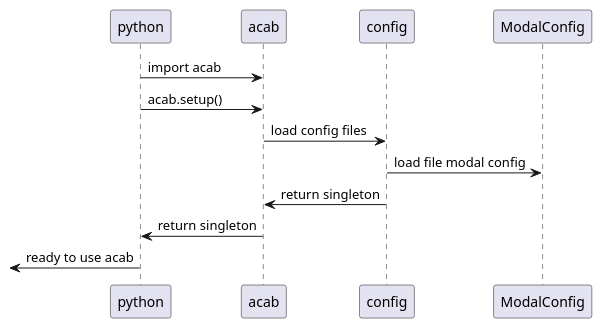
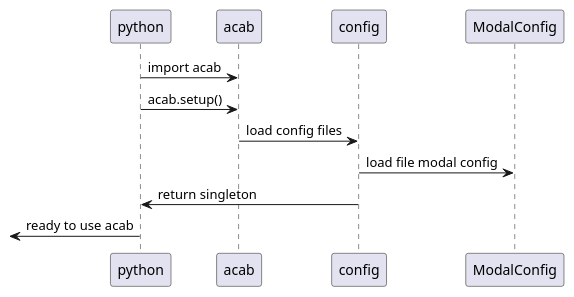
Before and after one commit to jgrey4296/acab: the first of 4 diagrams in docs/structure.org, drawn with PlantUML. The commit also changed other lines of this file, not shown here.

```diff
--- a/docs/structure.org
+++ b/docs/structure.org
@@ -4,9 +4,8 @@
 #+begin_src plantuml :results value verbatim :preview t
 python -> acab : import acab
 python -> acab : acab.setup()
 acab -> config : load config files
 config -> ModalConfig : load file modal config
-config -> acab : return singleton
-acab -> python : return singleton
+config -> python: return singleton
 python ->[ : ready to use acab
 #+end_src
```
